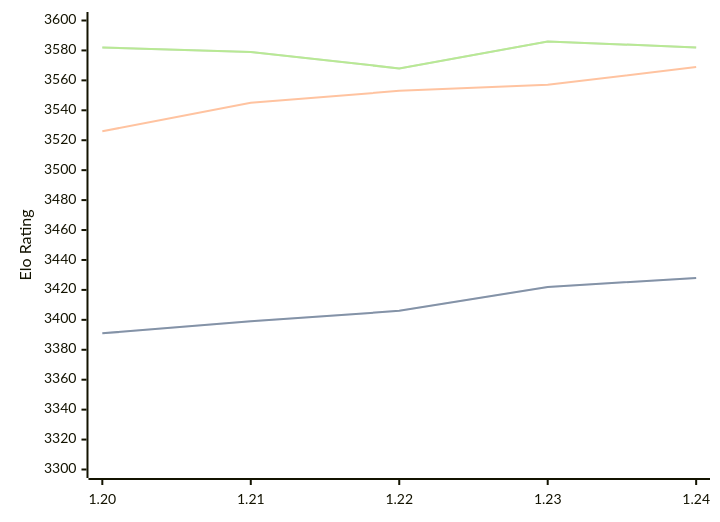
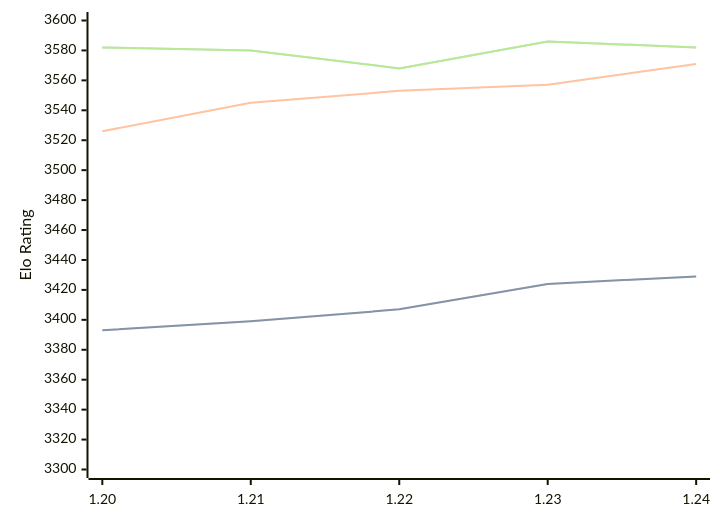
Before and after one commit to computer-chess-index/cci: the diagram in engines/Caissa.md, drawn with Mermaid. The commit also changed other lines of this file, not shown here.

Commit message:
Update CCI Ratings (ELO VLTC) - 2026-03-14

````diff
--- a/engines/Caissa.md
+++ b/engines/Caissa.md
@@ -62,11 +62,11 @@
 ```mermaid
 %%{init: {"theme":"base","themeVariables":{"seriesColors:['#a3a3a3','#222221','#faa371']}}}%%
 xychart-beta
   x-axis ["1.20", "1.21", "1.22", "1.23", "1.24"]
   y-axis "Elo Rating" 3300 --> 3600
-  line "STC (8.0+0.08s)" [3391, 3399, 3406, 3422, 3428]
-  line "STC (8.0+0.08s)" [3391, 3399, 3406, 3422, 3428]
-  line "LTC (60.0+0.60s)" [3526, 3545, 3553, 3557, 3569]
-  line "VLTC (2m24s+1.12s)" [3582, 3579, 3568, 3586, 3582]
-  line "VLTC (2m24s+1.12s)" [3582, 3579, 3568, 3586, 3582]
+  line "STC (8.0+0.08s)" [3393, 3399, 3407, 3424, 3429]
+  line "STC (8.0+0.08s)" [3393, 3399, 3407, 3424, 3429]
+  line "LTC (60.0+0.60s)" [3526, 3545, 3553, 3557, 3571]
+  line "VLTC (2m24s+1.12s)" [3582, 3580, 3568, 3586, 3582]
+  line "VLTC (2m24s+1.12s)" [3582, 3580, 3568, 3586, 3582]
 ```
````
